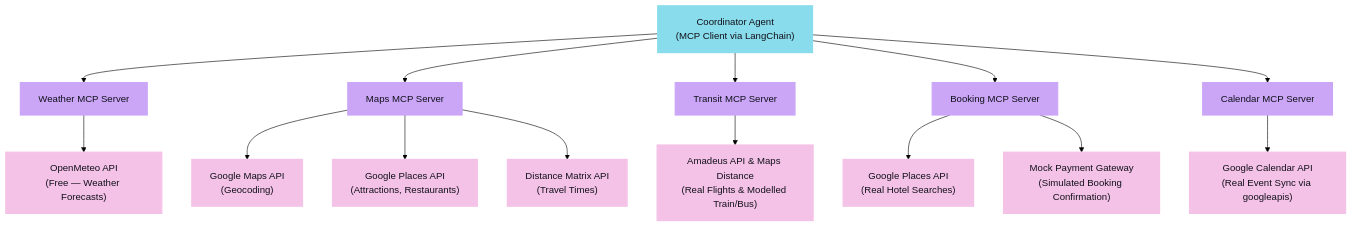
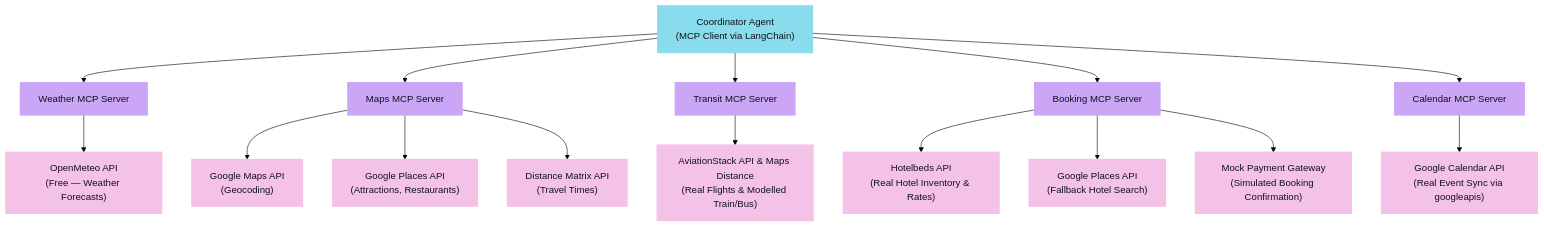
Before and after one commit to Dhayananth1511/AI-Travel-Planner_CapStoneProject_Presidio_InternShip: the seventh of 10 diagrams in README.md, drawn with Mermaid (forest theme). The commit also changed other lines of this file and 21 other files, not shown here.

Commit message:
fix: resolve trip planning failures, implement weather fallbacks, batch itineraries, and maps API resiliency

````diff
--- a/README.md
+++ b/README.md
@@ -667,29 +667,30 @@
 ```mermaid
 graph TD
     classDef default fill:#1e1e2e,stroke:#cdd6f4,stroke-width:2px,color:#cdd6f4;
     classDef agent fill:#f9e2af,stroke:#f9e2af,stroke-width:2px,color:#11111b;
     classDef mcp fill:#cba6f7,stroke:#cba6f7,stroke-width:2px,color:#11111b;
     classDef api fill:#f5c2e7,stroke:#f5c2e7,stroke-width:2px,color:#11111b;
     classDef coord fill:#89dceb,stroke:#89dceb,stroke-width:2px,color:#11111b;
 
     CoordAgent["Coordinator Agent<br/>(MCP Client via LangChain)"]:::coord
 
     CoordAgent --> WeatherMCP["Weather MCP Server"]:::mcp
     CoordAgent --> MapsMCP["Maps MCP Server"]:::mcp
     CoordAgent --> TransitMCP["Transit MCP Server"]:::mcp
     CoordAgent --> BookingMCP["Booking MCP Server"]:::mcp
     CoordAgent --> CalendarMCP["Calendar MCP Server"]:::mcp
 
     WeatherMCP --> OpenMeteo["OpenMeteo API<br/>(Free — Weather Forecasts)"]:::api
 
     MapsMCP --> GMaps["Google Maps API<br/>(Geocoding)"]:::api
     MapsMCP --> Places["Google Places API<br/>(Attractions, Restaurants)"]:::api
     MapsMCP --> Distance["Distance Matrix API<br/>(Travel Times)"]:::api
 
-    TransitMCP --> Amadeus["Amadeus API & Maps Distance<br/>(Real Flights & Modelled Train/Bus)"]:::api
+    TransitMCP --> AviationStack["AviationStack API & Maps Distance<br/>(Real Flights & Modelled Train/Bus)"]:::api
 
-    BookingMCP --> GooglePlacesLodging["Google Places API<br/>(Real Hotel Searches)"]:::api
+    BookingMCP --> HotelbedsHotels["Hotelbeds API<br/>(Real Hotel Inventory & Rates)"]:::api
+    BookingMCP --> GooglePlacesLodging["Google Places API<br/>(Fallback Hotel Search)"]:::api
     BookingMCP --> MockPayment["Mock Payment Gateway<br/>(Simulated Booking Confirmation)"]:::api
 
     CalendarMCP --> GCalendar["Google Calendar API<br/>(Real Event Sync via googleapis)"]:::api
 ```
````
